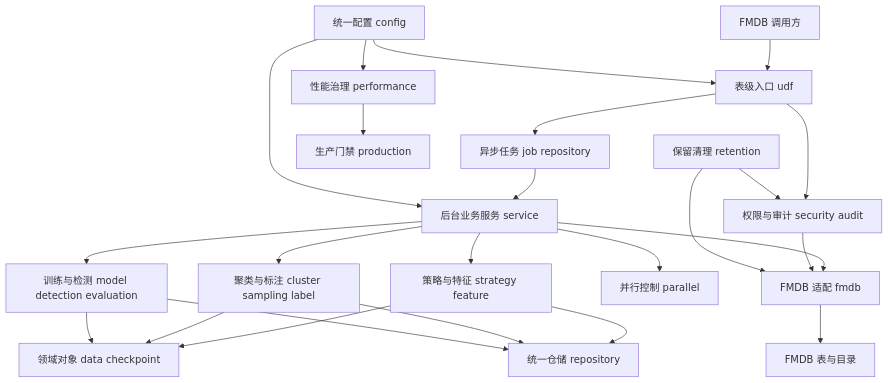
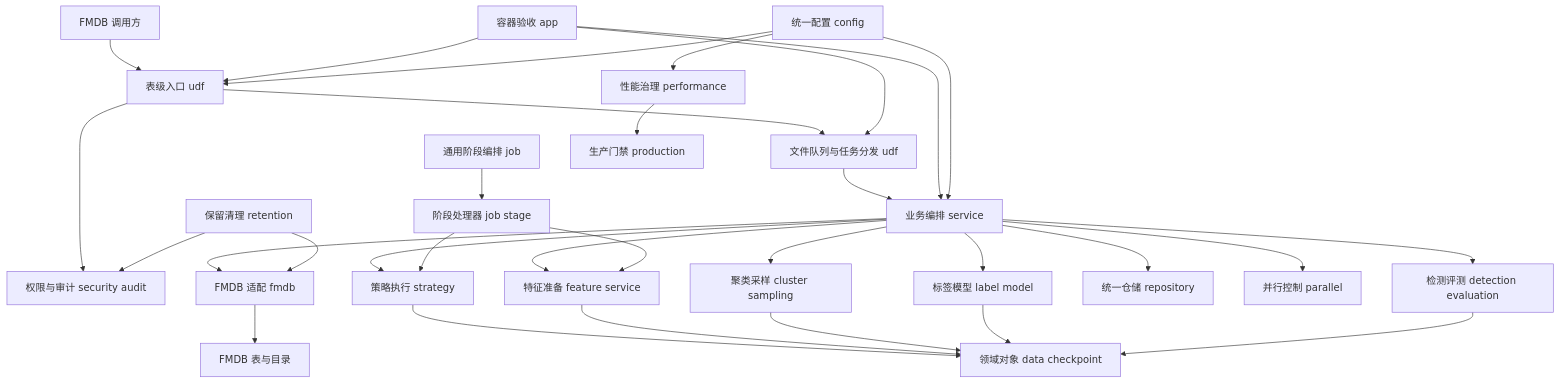
Before and after one commit to 18963603561/fmdb_udf_raha: the first of 13 diagrams in doc/20260715/Raha工程-源码完整分析-202607150943.md, drawn with Mermaid. The commit also changed other lines of this file and 40 other files, not shown here.

````diff
--- a/doc/20260715/Raha工程-源码完整分析-202607150943.md
+++ b/doc/20260715/Raha工程-源码完整分析-202607150943.md
@@ -62,26 +66,33 @@
 ```mermaid
 graph TD;
 n01[FMDB 调用方] --> n02[表级入口 udf];
 n02 --> n03[权限与审计 security audit];
-n02 --> n04[异步任务 job repository];
-n04 --> n05[后台业务服务 service];
-n05 --> n06[策略与特征 strategy feature];
-n05 --> n07[聚类与标注 cluster sampling label];
-n05 --> n08[训练与检测 model detection evaluation];
-n06 --> n09[领域对象 data checkpoint];
-n07 --> n09;
-n08 --> n09;
-n06 --> n10[统一仓储 repository];
-n07 --> n10;
-n08 --> n10;
-n05 --> n11[并行控制 parallel];
-n05 --> n12[FMDB 适配 fmdb];
-n12 --> n13[FMDB 表与目录];
-n03 --> n12;
-n14[统一配置 config] --> n02;
-n14 --> n05;
-n14 --> n15[性能治理 performance];
-n15 --> n16[生产门禁 production];
-n17[保留清理 retention] --> n03;
-n17 --> n12;
+n02 --> n04[文件队列与任务分发 udf];
+n04 --> n05[业务编排 service];
+n05 --> n06[策略执行 strategy];
+n05 --> n07[特征准备 feature service];
+n05 --> n08[聚类采样 cluster sampling];
+n05 --> n09[标签模型 label model];
+n05 --> n10[检测评测 detection evaluation];
+n06 --> n11[领域对象 data checkpoint];
+n07 --> n11;
+n08 --> n11;
+n09 --> n11;
+n10 --> n11;
+n05 --> n12[统一仓储 repository];
+n05 --> n13[并行控制 parallel];
+n05 --> n14[FMDB 适配 fmdb];
+n14 --> n15[FMDB 表与目录];
+n16[通用阶段编排 job] --> n17[阶段处理器 job stage];
+n17 --> n06;
+n17 --> n07;
+n18[容器验收 app] --> n02;
+n18 --> n04;
+n18 --> n05;
+n19[统一配置 config] --> n02;
+n19 --> n05;
+n19 --> n20[性能治理 performance];
+n20 --> n21[生产门禁 production];
+n22[保留清理 retention] --> n03;
+n22 --> n14;
 ```
````
